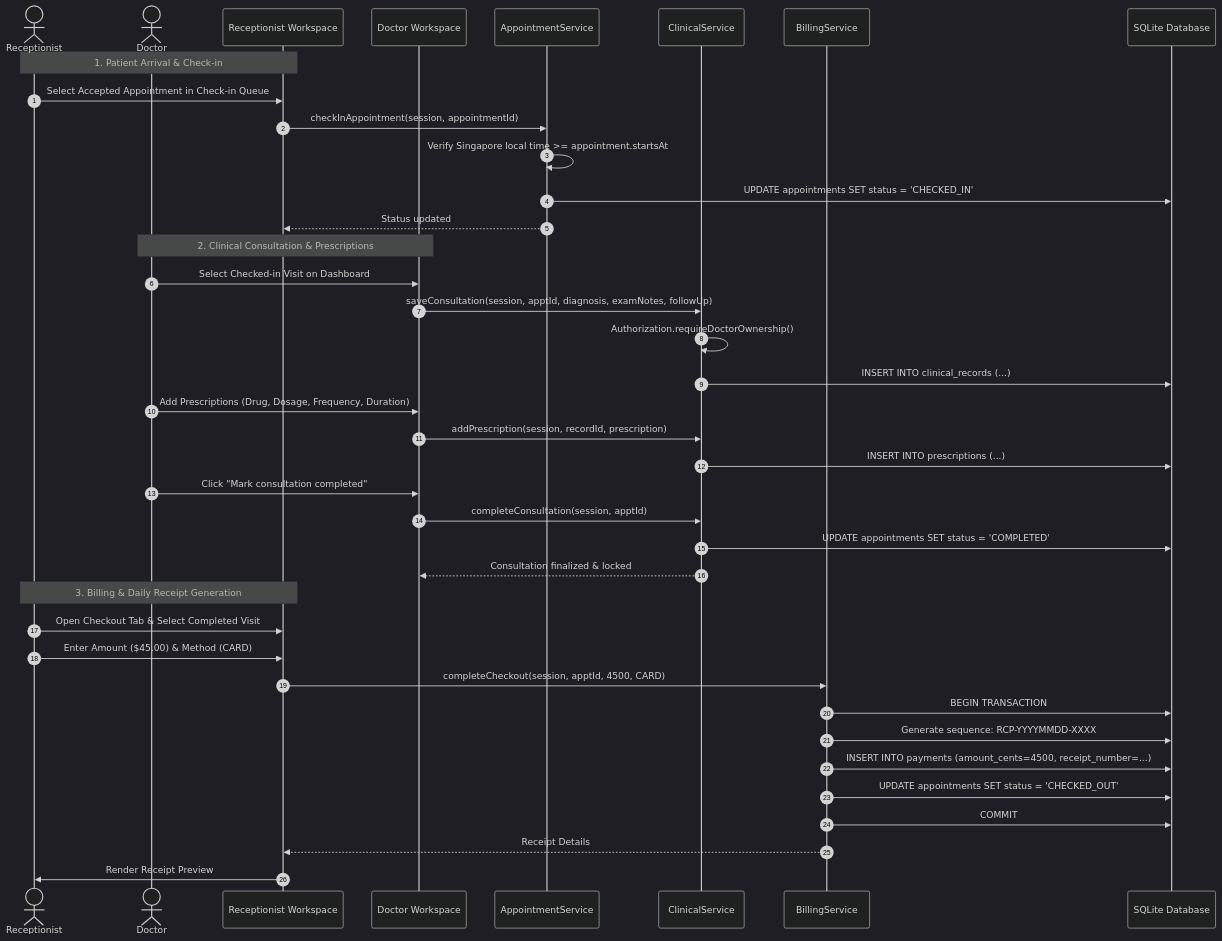
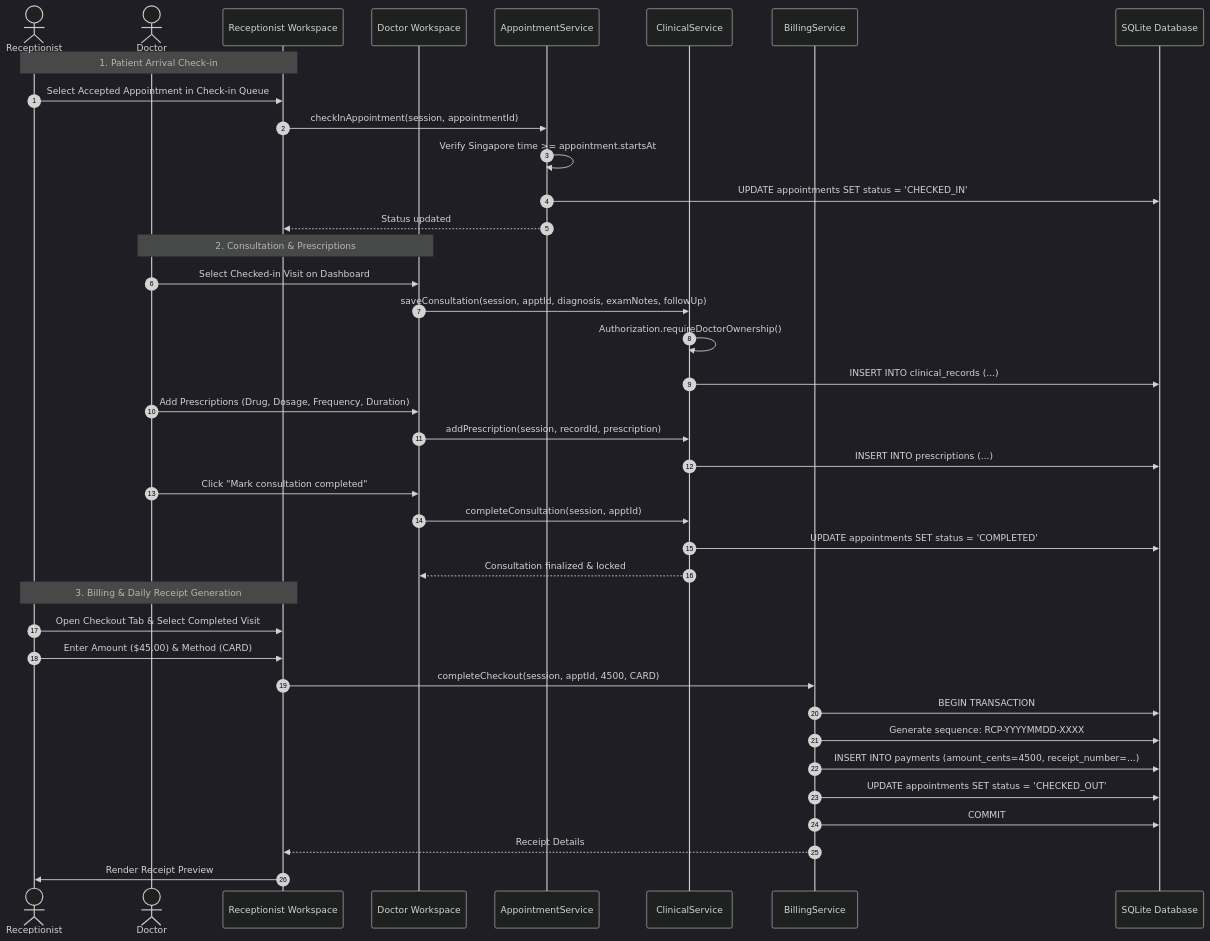
Before and after one commit to CS3227-2610-MP2-NUSynapxe/CS3227-2610-MP2: diagram 12 of 12 in docs/ArchitectureAndDesign.md, drawn with Mermaid (dark theme). The commit also changed other lines of this file and 5 other files, not shown here.

Commit message:
docs: fix Mermaid diagram syntax errors and enhance Product Specifications with Gherkin scenarios

````diff
--- a/docs/ArchitectureAndDesign.md
+++ b/docs/ArchitectureAndDesign.md
@@ -418,44 +524,44 @@
 ```mermaid
 sequenceDiagram
     autonumber
     actor Receptionist
     actor Doctor
     participant UI_R as Receptionist Workspace
     participant UI_D as Doctor Workspace
-    participant ApptService as AppointmentService
-    participant ClinService as ClinicalService
-    participant BillService as BillingService
+    participant ApptSvc as AppointmentService
+    participant ClinSvc as ClinicalService
+    participant BillSvc as BillingService
     participant DB as SQLite Database
 
-    Note over Receptionist, UI_R: 1. Patient Arrival & Check-in
+    Note over Receptionist, UI_R: 1. Patient Arrival Check-in
     Receptionist->>UI_R: Select Accepted Appointment in Check-in Queue
-    UI_R->>ApptService: checkInAppointment(session, appointmentId)
-    ApptService->>ApptService: Verify Singapore local time >= appointment.startsAt
-    ApptService->>DB: UPDATE appointments SET status = 'CHECKED_IN'
-    ApptService-->>UI_R: Status updated
+    UI_R->>ApptSvc: checkInAppointment(session, appointmentId)
+    ApptSvc->>ApptSvc: Verify Singapore time >= appointment.startsAt
+    ApptSvc->>DB: UPDATE appointments SET status = 'CHECKED_IN'
+    ApptSvc-->>UI_R: Status updated
 
-    Note over Doctor, UI_D: 2. Clinical Consultation & Prescriptions
+    Note over Doctor, UI_D: 2. Consultation & Prescriptions
     Doctor->>UI_D: Select Checked-in Visit on Dashboard
-    UI_D->>ClinService: saveConsultation(session, apptId, diagnosis, examNotes, followUp)
-    ClinService->>ClinService: Authorization.requireDoctorOwnership()
-    ClinService->>DB: INSERT INTO clinical_records (...)
+    UI_D->>ClinSvc: saveConsultation(session, apptId, diagnosis, examNotes, followUp)
+    ClinSvc->>ClinSvc: Authorization.requireDoctorOwnership()
+    ClinSvc->>DB: INSERT INTO clinical_records (...)
     Doctor->>UI_D: Add Prescriptions (Drug, Dosage, Frequency, Duration)
-    UI_D->>ClinService: addPrescription(session, recordId, prescription)
-    ClinService->>DB: INSERT INTO prescriptions (...)
+    UI_D->>ClinSvc: addPrescription(session, recordId, prescription)
+    ClinSvc->>DB: INSERT INTO prescriptions (...)
     Doctor->>UI_D: Click "Mark consultation completed"
-    UI_D->>ClinService: completeConsultation(session, apptId)
-    ClinService->>DB: UPDATE appointments SET status = 'COMPLETED'
-    ClinService-->>UI_D: Consultation finalized & locked
+    UI_D->>ClinSvc: completeConsultation(session, apptId)
+    ClinSvc->>DB: UPDATE appointments SET status = 'COMPLETED'
+    ClinSvc-->>UI_D: Consultation finalized & locked
 
     Note over Receptionist, UI_R: 3. Billing & Daily Receipt Generation
     Receptionist->>UI_R: Open Checkout Tab & Select Completed Visit
     Receptionist->>UI_R: Enter Amount ($45.00) & Method (CARD)
-    UI_R->>BillService: completeCheckout(session, apptId, 4500, CARD)
-    BillService->>DB: BEGIN TRANSACTION
-    BillService->>DB: Generate sequence: RCP-YYYYMMDD-XXXX
-    BillService->>DB: INSERT INTO payments (amount_cents=4500, receipt_number=...)
-    BillService->>DB: UPDATE appointments SET status = 'CHECKED_OUT'
-    BillService->>DB: COMMIT
-    BillService-->>UI_R: Receipt Details
+    UI_R->>BillSvc: completeCheckout(session, apptId, 4500, CARD)
+    BillSvc->>DB: BEGIN TRANSACTION
+    BillSvc->>DB: Generate sequence: RCP-YYYYMMDD-XXXX
+    BillSvc->>DB: INSERT INTO payments (amount_cents=4500, receipt_number=...)
+    BillSvc->>DB: UPDATE appointments SET status = 'CHECKED_OUT'
+    BillSvc->>DB: COMMIT
+    BillSvc-->>UI_R: Receipt Details
     UI_R->>Receptionist: Render Receipt Preview
 ```
````
